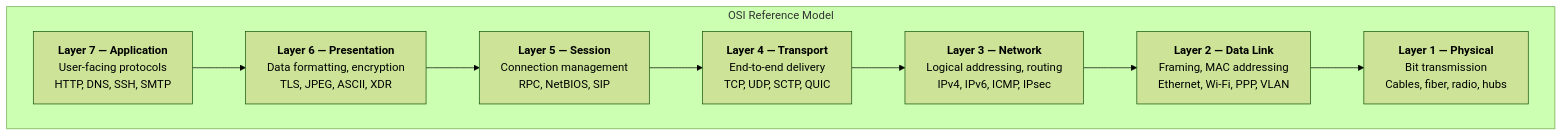
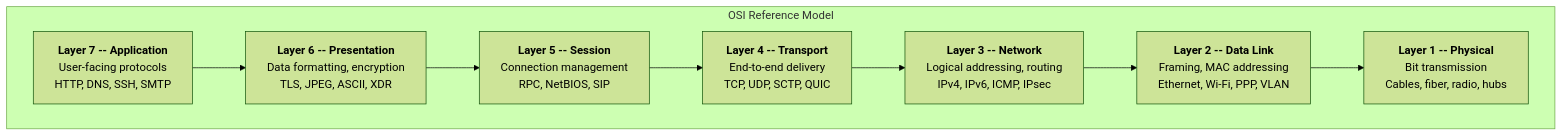
The first of 5 diagrams in src/networking/osi-model.md (Abhinav-Kumar012/lb2), drawn with Mermaid (forest theme) before and after one commit. The commit also changed other lines of this file and 211 other files, not shown here.

First line of the commit message:
fix: mermaid syntax issues across 212 files

````diff
--- a/src/networking/osi-model.md
+++ b/src/networking/osi-model.md
@@ -11,14 +11,14 @@
 ```mermaid
 graph TB
     subgraph "OSI Reference Model"
-        L7["<b>Layer 7 — Application</b><br/>User-facing protocols<br/>HTTP, DNS, SSH, SMTP"]
-        L6["<b>Layer 6 — Presentation</b><br/>Data formatting, encryption<br/>TLS, JPEG, ASCII, XDR"]
-        L5["<b>Layer 5 — Session</b><br/>Connection management<br/>RPC, NetBIOS, SIP"]
-        L4["<b>Layer 4 — Transport</b><br/>End-to-end delivery<br/>TCP, UDP, SCTP, QUIC"]
-        L3["<b>Layer 3 — Network</b><br/>Logical addressing, routing<br/>IPv4, IPv6, ICMP, IPsec"]
-        L2["<b>Layer 2 — Data Link</b><br/>Framing, MAC addressing<br/>Ethernet, Wi-Fi, PPP, VLAN"]
-        L1["<b>Layer 1 — Physical</b><br/>Bit transmission<br/>Cables, fiber, radio, hubs"]
+        L7["<b>Layer 7 -- Application</b><br>User-facing protocols<br>HTTP, DNS, SSH, SMTP"]
+        L6["<b>Layer 6 -- Presentation</b><br>Data formatting, encryption<br>TLS, JPEG, ASCII, XDR"]
+        L5["<b>Layer 5 -- Session</b><br>Connection management<br>RPC, NetBIOS, SIP"]
+        L4["<b>Layer 4 -- Transport</b><br>End-to-end delivery<br>TCP, UDP, SCTP, QUIC"]
+        L3["<b>Layer 3 -- Network</b><br>Logical addressing, routing<br>IPv4, IPv6, ICMP, IPsec"]
+        L2["<b>Layer 2 -- Data Link</b><br>Framing, MAC addressing<br>Ethernet, Wi-Fi, PPP, VLAN"]
+        L1["<b>Layer 1 -- Physical</b><br>Bit transmission<br>Cables, fiber, radio, hubs"]
     end
 
     L7 --> L6 --> L5 --> L4 --> L3 --> L2 --> L1
 ```
````
